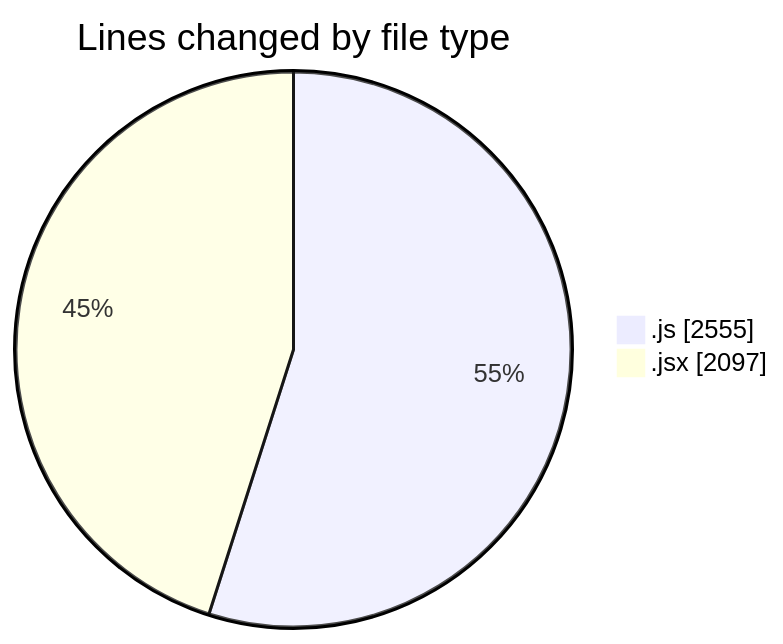
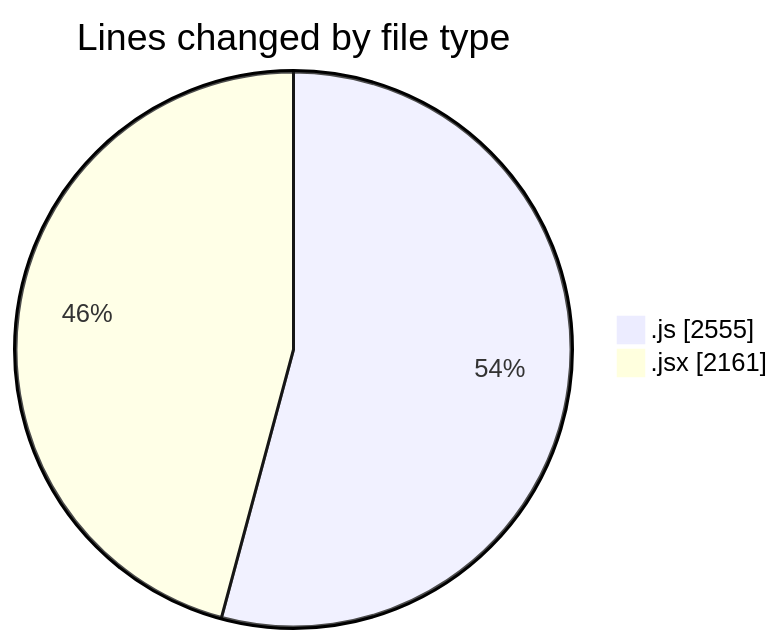
One commit to nxtqubesakshisongat/code-tracking changed the first of 2 diagrams in 2025-08-28/nxtqube_webapp/README.md. Above: the diagram before and after it, drawn with Mermaid. The commit also changed other lines of this file and 1 other file, not shown here.

````diff
--- a/2025-08-28/nxtqube_webapp/README.md
+++ b/2025-08-28/nxtqube_webapp/README.md
@@ -25,6 +25,6 @@
 ```mermaid
 pie showData
 title Lines changed by file type
 ".js" : 2555
-".jsx" : 2097
+".jsx" : 2161
 ```
````
